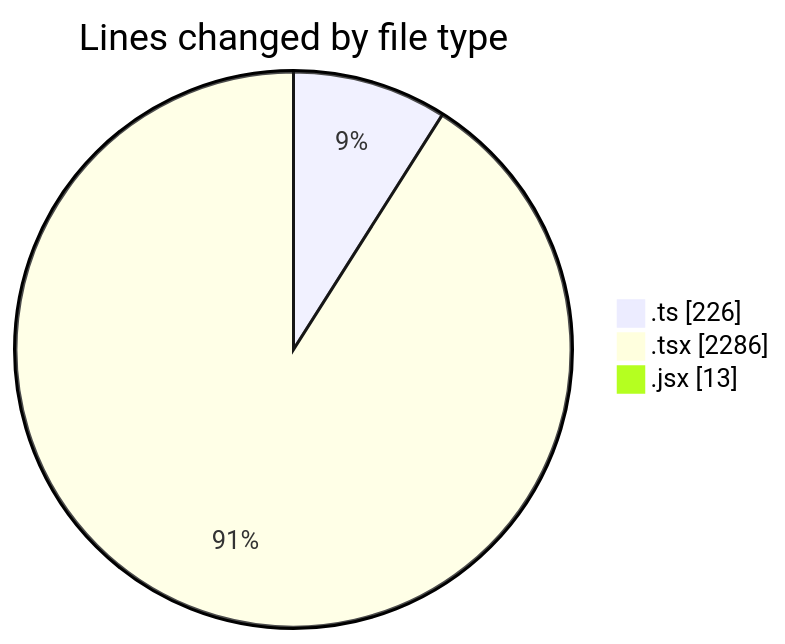
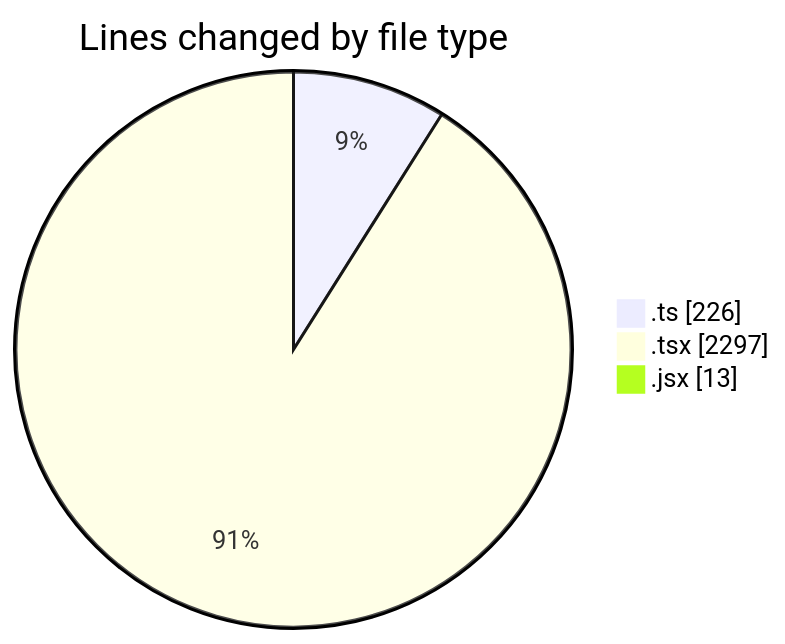
Before and after one commit to momahboobian/code-tracking: the first of 2 diagrams in 2025-12-02/cda/README.md, drawn with Mermaid. The commit also changed other lines of this file and 1 other file, not shown here.

````diff
--- a/2025-12-02/cda/README.md
+++ b/2025-12-02/cda/README.md
@@ -28,7 +28,7 @@
 ```mermaid
 pie showData
 title Lines changed by file type
 ".ts" : 226
-".tsx" : 2286
+".tsx" : 2297
 ".jsx" : 13
 ```
````
